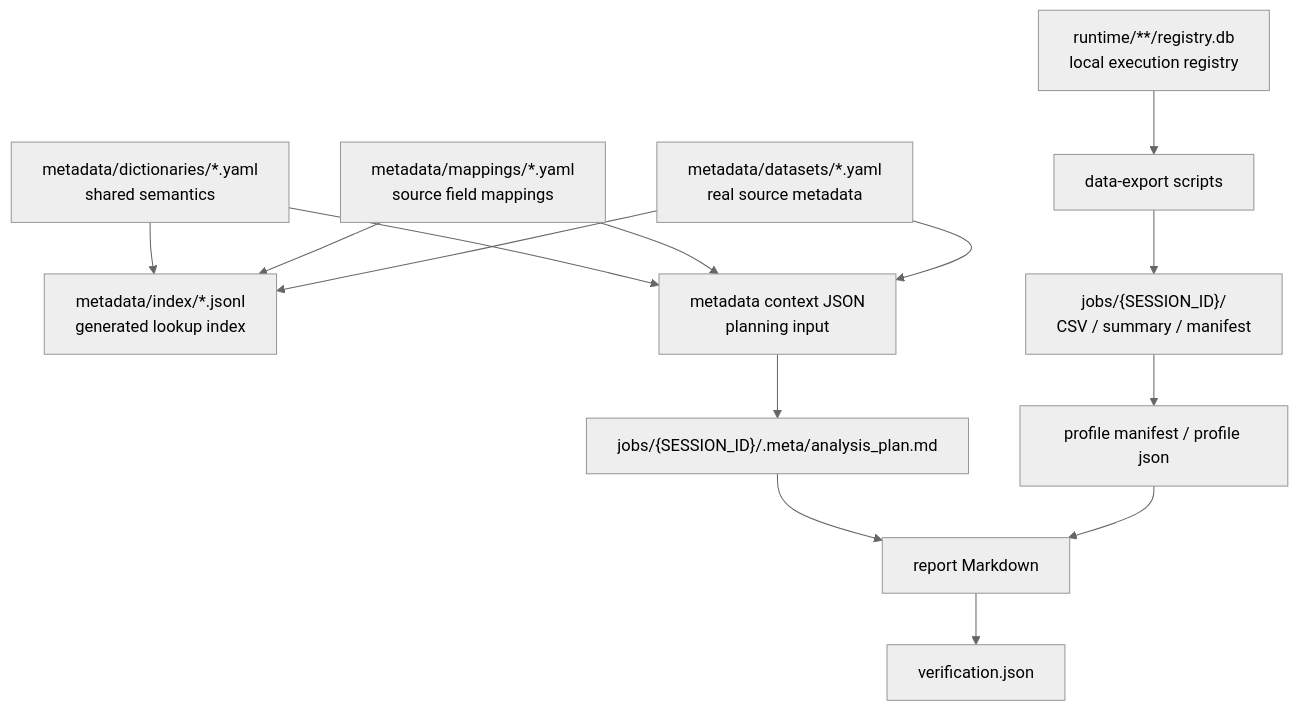
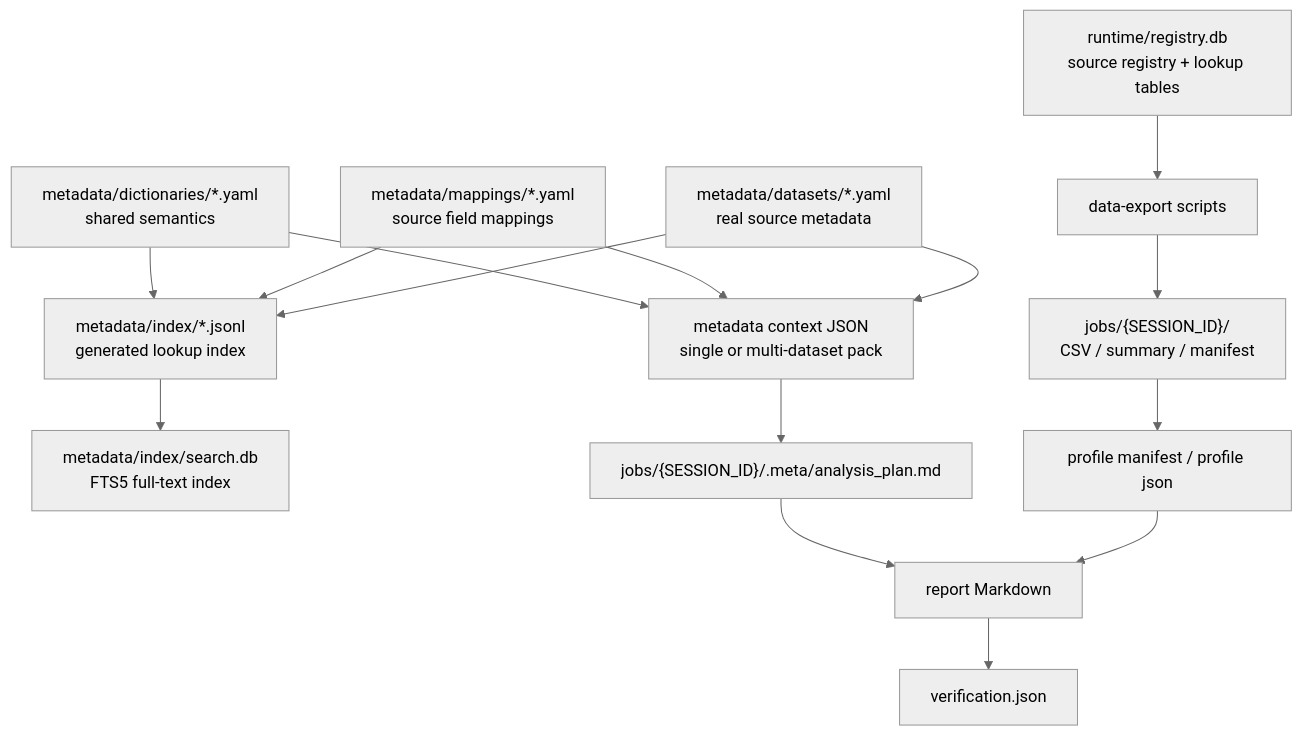
Before and after one commit to dabaige53/RealAnalyst: the second of 3 diagrams in docs/architecture.md, drawn with Mermaid (neutral theme). The commit also changed other lines of this file and 62 other files, not shown here.

````diff
--- a/docs/architecture.md
+++ b/docs/architecture.md
@@ -31,16 +36,17 @@
 ```mermaid
 flowchart TD
     Dictionaries["metadata/dictionaries/*.yaml<br/>shared semantics"] --> IndexFile["metadata/index/*.jsonl<br/>generated lookup index"]
     Mappings["metadata/mappings/*.yaml<br/>source field mappings"] --> IndexFile
     Dataset["metadata/datasets/*.yaml<br/>real source metadata"] --> IndexFile
-    Dictionaries --> ContextJson["metadata context JSON<br/>planning input"]
+    IndexFile --> FTS5["metadata/index/search.db<br/>FTS5 full-text index"]
+    Dictionaries --> ContextJson["metadata context JSON<br/>single or multi-dataset pack"]
     Mappings --> ContextJson
     Dataset --> ContextJson
-    Registry["runtime/**/registry.db<br/>local execution registry"] --> ExportScript["data-export scripts"]
+    Registry["runtime/registry.db<br/>source registry + lookup tables"] --> ExportScript["data-export scripts"]
     ContextJson --> PlanDoc["jobs/{SESSION_ID}/.meta/analysis_plan.md"]
     ExportScript --> JobData["jobs/{SESSION_ID}/<br/>CSV / summary / manifest"]
     JobData --> ProfileJson["profile manifest / profile json"]
     PlanDoc --> ReportMd["report Markdown"]
     ProfileJson --> ReportMd
     ReportMd --> Verification["verification.json"]
 ```
````
